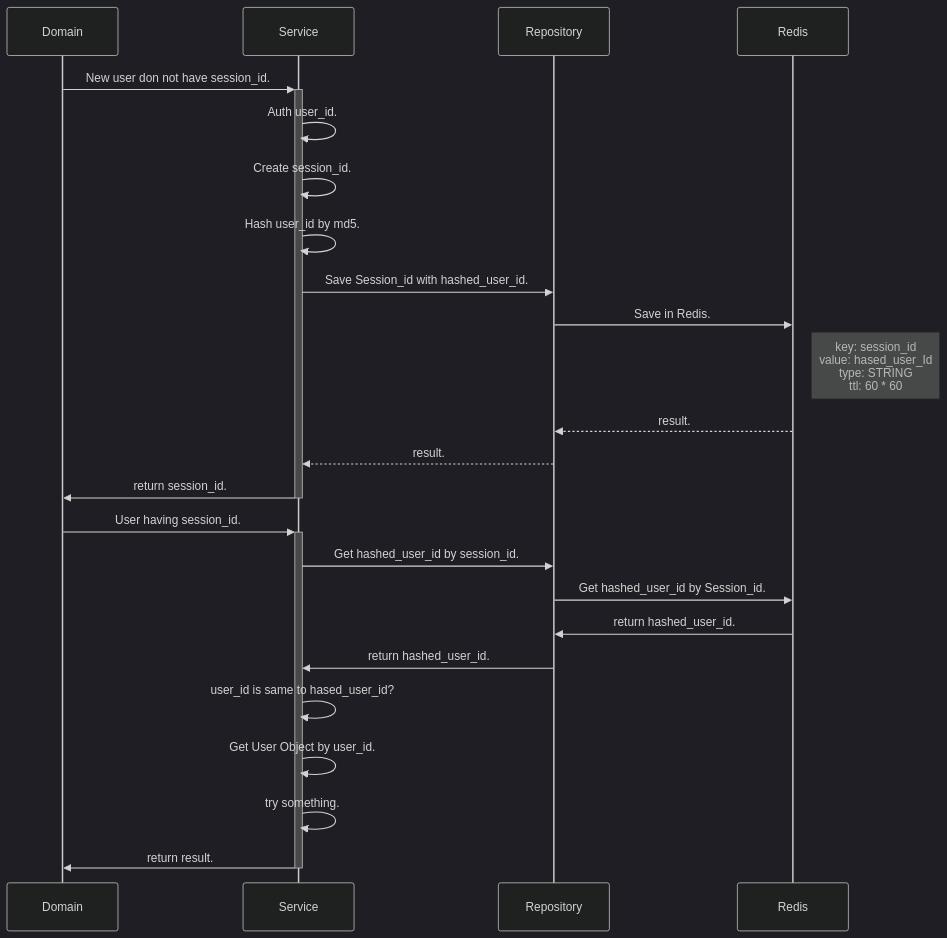
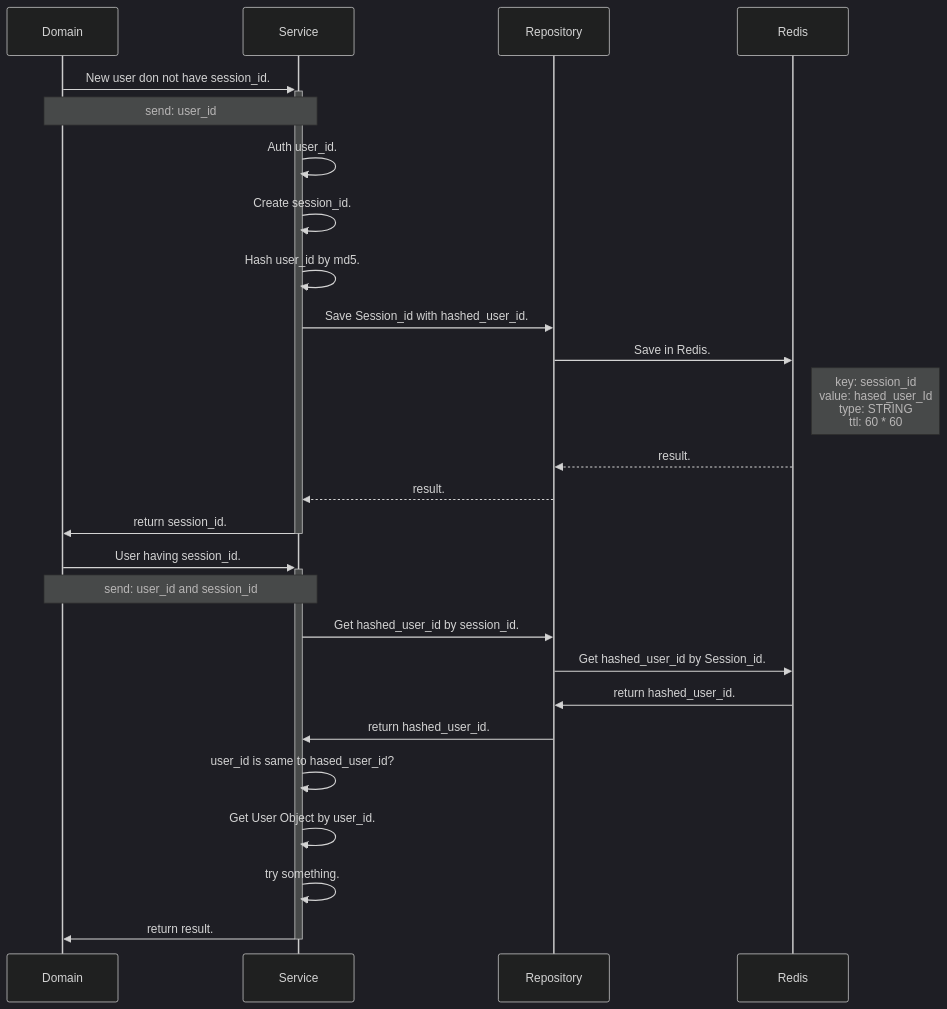
One commit to yutakasugiura/redis_learning changed the diagram in README.md. Above: the diagram before and after it, drawn with Mermaid (dark theme).

Commit message:
add: send

````diff
--- a/README.md
+++ b/README.md
@@ -33,27 +33,29 @@
 ```mermaid
 sequenceDiagram
     participant Domain
     participant Service
     participant Repository
     participant Redis
     Domain->>+Service: New user don not have session_id. 
+      Note over Domain, Service: send: user_id
     Service->>Service: Auth user_id.
     Service->>Service: Create session_id.
     Service->>Service: Hash user_id by md5.
     Service->>Repository: Save Session_id with hashed_user_id.
     Repository->>Redis: Save in Redis.
      Note right of Redis: key: session_id<br>value: hased_user_Id <br>type: STRING<br> ttl: 60 * 60
     Redis-->>Repository: result.
     Repository-->>Service: result.
     Service->>-Domain: return session_id.
 
     Domain->>+Service: User having session_id.
+      Note over Domain, Service: send: user_id and session_id
     Service->>Repository: Get hashed_user_id by session_id.
     Repository->>Redis: Get hashed_user_id by Session_id.
     Redis->>Repository: return hashed_user_id.
     Repository->>Service: return hashed_user_id.
     Service->>Service: user_id is same to hased_user_id?
     Service->>Service: Get User Object by user_id.
     Service->>Service: try something.
     Service->>-Domain: return result.
 ```
````
